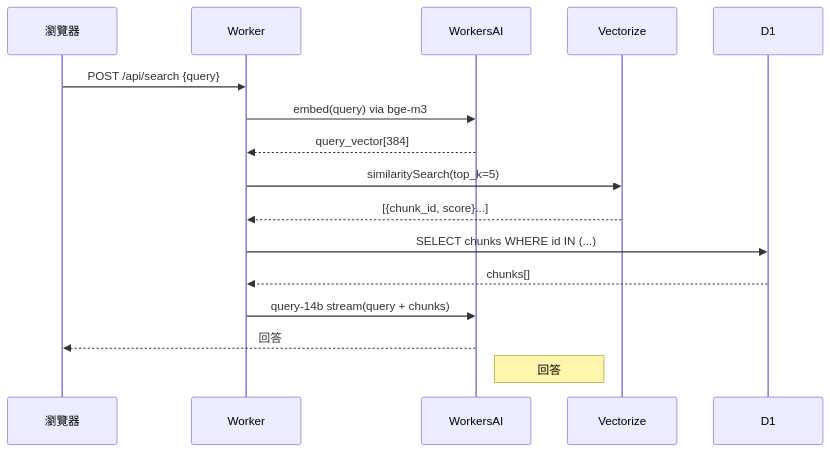
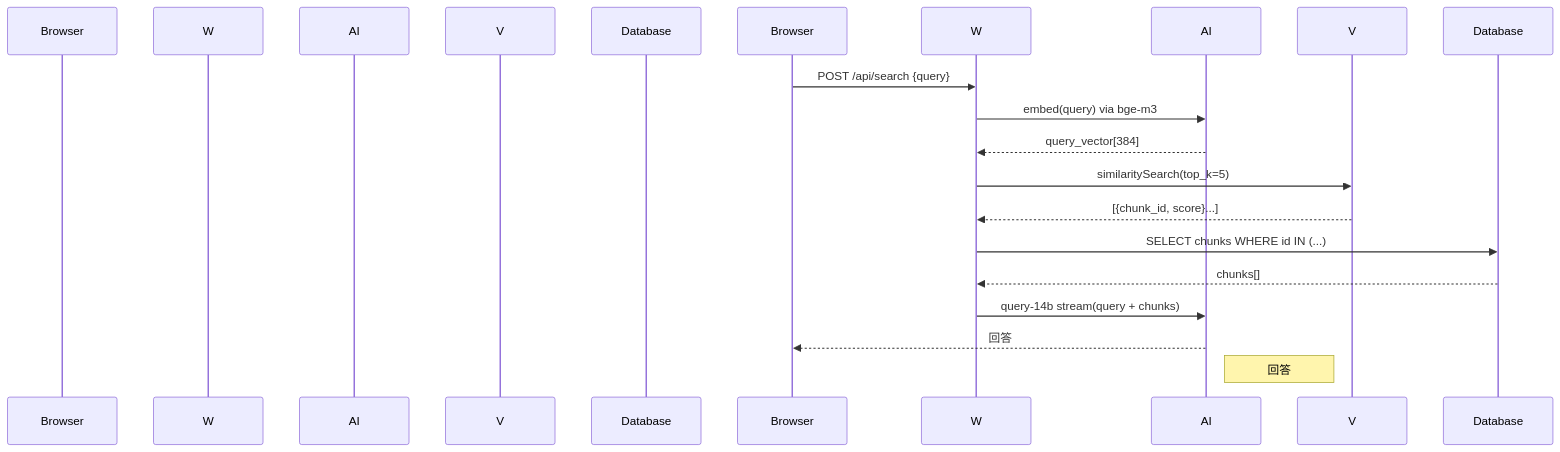
One commit to a920604a/engineernews changed the second of 2 diagrams in src/content/posts/tech/_2026-04-20-this-blog-tooling.md. Above: the diagram before and after it, drawn with Mermaid. The commit also changed 8 other files, not shown here.

Commit message:
fix: auto-fix mermaid syntax errors in posts

````diff
--- a/src/content/posts/tech/_2026-04-20-this-blog-tooling.md
+++ b/src/content/posts/tech/_2026-04-20-this-blog-tooling.md
@@ -135,18 +135,18 @@
 ```mermaid
 sequenceDiagram
-  participant 瀏覽器
-  participant Worker
-  participant WorkersAI
-  participant Vectorize
-  participant D1
-  瀏覽器->>Worker: POST /api/search {query}
-  Worker->>WorkersAI: embed(query) via bge-m3
-  WorkersAI-->>Worker: query_vector[384]
-  Worker->>Vectorize: similaritySearch(top_k=5)
-  Vectorize-->>Worker: [{chunk_id, score}...]
-  Worker->>D1: SELECT chunks WHERE id IN (...)
-  D1-->>Worker: chunks[]
-  Worker->>WorkersAI: query-14b stream(query + chunks)
-  WorkersAI-->>瀏覽器: 回答
-  note right of WorkersAI: 回答
+  participant 瀏覽器 as Browser
+  participant Worker as W
+  participant WorkersAI as AI
+  participant Vectorize as V
+  participant D1 as Database
+  Browser->>W: POST /api/search {query}
+  W->>AI: embed(query) via bge-m3
+  AI-->>W: query_vector[384]
+  W->>V: similaritySearch(top_k=5)
+  V-->>W: [{chunk_id, score}...]
+  W->>Database: SELECT chunks WHERE id IN (...)
+  Database-->>W: chunks[]
+  W->>AI: query-14b stream(query + chunks)
+  AI-->>Browser: 回答
+  note right of AI: 回答
 ```
````
